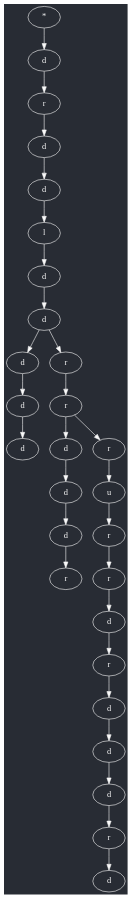
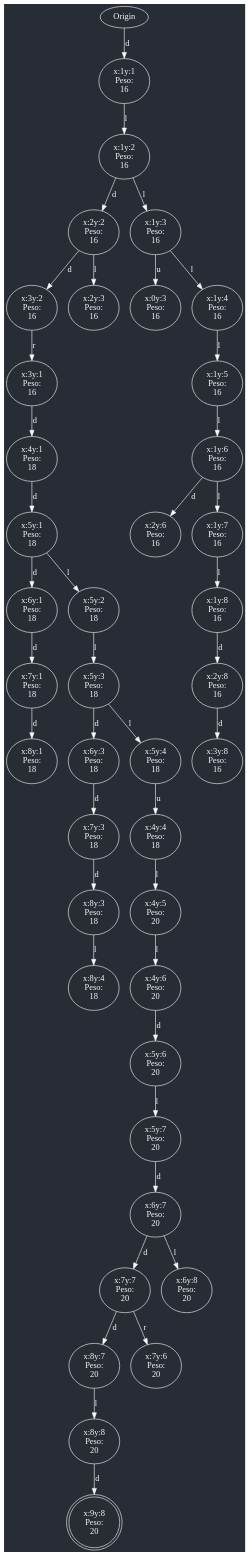
Before and after one commit to Atmost24/Maze-Solver-app: the diagram in back/a.gv, drawn with Graphviz. The commit also changed 3 other files, not shown here.

```diff
--- a/back/a.gv
+++ b/back/a.gv
@@ -1,61 +1,169 @@
 digraph a {
 	bgcolor="#282C34"
 	node [fontcolor="#F9F9F9"]
 	node [color="#F9F9F9"]
 	edge [color="#F9F9F9"]
-	0 [label="*"]
-	1 [label=d]
-	0 -> 1
-	2 [label=r]
-	1 -> 2
-	3 [label=d]
-	2 -> 3
-	4 [label=d]
-	3 -> 4
-	5 [label=l]
-	4 -> 5
-	6 [label=d]
-	5 -> 6
-	7 [label=d]
-	6 -> 7
-	8 [label=d]
-	7 -> 8
-	9 [label=d]
-	8 -> 9
-	10 [label=d]
-	9 -> 10
-	11 [label=r]
-	7 -> 11
-	12 [label=r]
-	11 -> 12
-	13 [label=d]
-	12 -> 13
-	14 [label=d]
-	13 -> 14
-	15 [label=d]
-	14 -> 15
-	16 [label=r]
-	15 -> 16
-	17 [label=r]
-	12 -> 17
-	18 [label=u]
-	17 -> 18
-	19 [label=r]
-	18 -> 19
-	20 [label=r]
-	19 -> 20
-	21 [label=d]
-	20 -> 21
-	22 [label=r]
-	21 -> 22
-	23 [label=d]
-	22 -> 23
-	24 [label=d]
-	23 -> 24
-	25 [label=d]
-	24 -> 25
-	26 [label=r]
-	25 -> 26
-	27 [label=d]
-	26 -> 27
+	edge [fontcolor="#F9F9F9"]
+	01 [label=Origin]
+	11 [label="x:1y:1
+Peso: 
+16"]
+	01 -> 11 [label=d]
+	12 [label="x:1y:2
+Peso: 
+16"]
+	11 -> 12 [label=l]
+	22 [label="x:2y:2
+Peso: 
+16"]
+	12 -> 22 [label=d]
+	13 [label="x:1y:3
+Peso: 
+16"]
+	12 -> 13 [label=l]
+	32 [label="x:3y:2
+Peso: 
+16"]
+	22 -> 32 [label=d]
+	23 [label="x:2y:3
+Peso: 
+16"]
+	22 -> 23 [label=l]
+	03 [label="x:0y:3
+Peso: 
+16"]
+	13 -> 03 [label=u]
+	14 [label="x:1y:4
+Peso: 
+16"]
+	13 -> 14 [label=l]
+	31 [label="x:3y:1
+Peso: 
+16"]
+	32 -> 31 [label=r]
+	15 [label="x:1y:5
+Peso: 
+16"]
+	14 -> 15 [label=l]
+	16 [label="x:1y:6
+Peso: 
+16"]
+	15 -> 16 [label=l]
+	26 [label="x:2y:6
+Peso: 
+16"]
+	16 -> 26 [label=d]
+	17 [label="x:1y:7
+Peso: 
+16"]
+	16 -> 17 [label=l]
+	18 [label="x:1y:8
+Peso: 
+16"]
+	17 -> 18 [label=l]
+	28 [label="x:2y:8
+Peso: 
+16"]
+	18 -> 28 [label=d]
+	38 [label="x:3y:8
+Peso: 
+16"]
+	28 -> 38 [label=d]
+	41 [label="x:4y:1
+Peso: 
+18"]
+	31 -> 41 [label=d]
+	51 [label="x:5y:1
+Peso: 
+18"]
+	41 -> 51 [label=d]
+	61 [label="x:6y:1
+Peso: 
+18"]
+	51 -> 61 [label=d]
+	52 [label="x:5y:2
+Peso: 
+18"]
+	51 -> 52 [label=l]
+	71 [label="x:7y:1
+Peso: 
+18"]
+	61 -> 71 [label=d]
+	53 [label="x:5y:3
+Peso: 
+18"]
+	52 -> 53 [label=l]
+	81 [label="x:8y:1
+Peso: 
+18"]
+	71 -> 81 [label=d]
+	63 [label="x:6y:3
+Peso: 
+18"]
+	53 -> 63 [label=d]
+	54 [label="x:5y:4
+Peso: 
+18"]
+	53 -> 54 [label=l]
+	73 [label="x:7y:3
+Peso: 
+18"]
+	63 -> 73 [label=d]
+	44 [label="x:4y:4
+Peso: 
+18"]
+	54 -> 44 [label=u]
+	83 [label="x:8y:3
+Peso: 
+18"]
+	73 -> 83 [label=d]
+	84 [label="x:8y:4
+Peso: 
+18"]
+	83 -> 84 [label=l]
+	45 [label="x:4y:5
+Peso: 
+20"]
+	44 -> 45 [label=l]
+	46 [label="x:4y:6
+Peso: 
+20"]
+	45 -> 46 [label=l]
+	56 [label="x:5y:6
+Peso: 
+20"]
+	46 -> 56 [label=d]
+	57 [label="x:5y:7
+Peso: 
+20"]
+	56 -> 57 [label=l]
+	67 [label="x:6y:7
+Peso: 
+20"]
+	57 -> 67 [label=d]
+	77 [label="x:7y:7
+Peso: 
+20"]
+	67 -> 77 [label=d]
+	68 [label="x:6y:8
+Peso: 
+20"]
+	67 -> 68 [label=l]
+	87 [label="x:8y:7
+Peso: 
+20"]
+	77 -> 87 [label=d]
+	76 [label="x:7y:6
+Peso: 
+20"]
+	77 -> 76 [label=r]
+	88 [label="x:8y:8
+Peso: 
+20"]
+	87 -> 88 [label=l]
+	node [shape=doublecircle]
+	98 [label="x:9y:8
+Peso: 
+20"]
+	88 -> 98 [label=d]
 }
```
